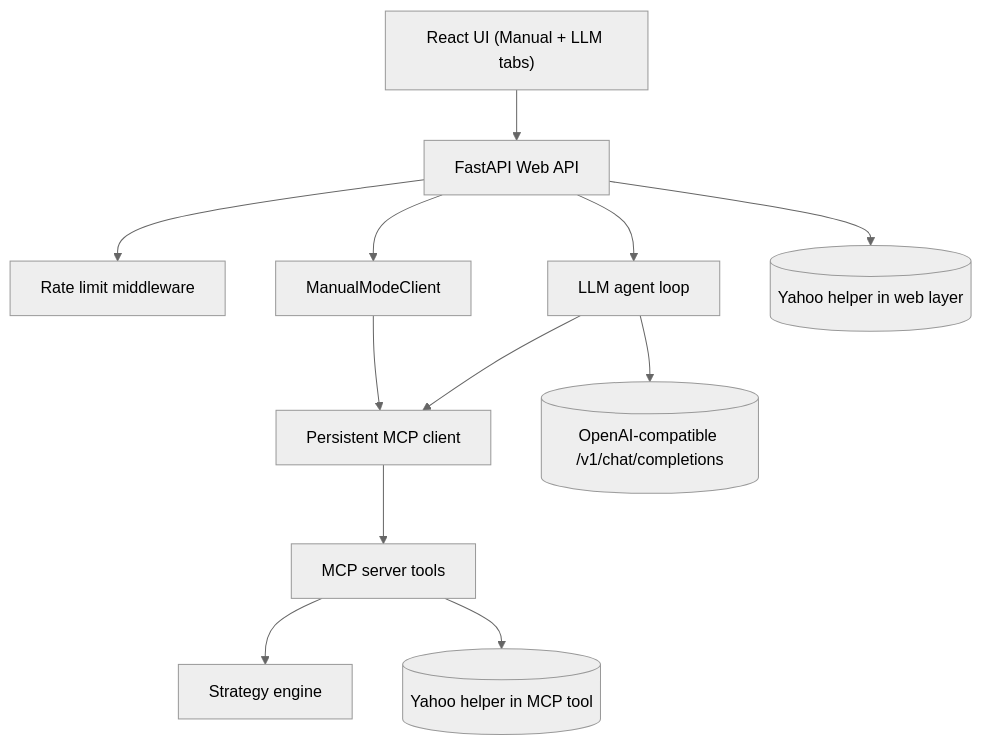
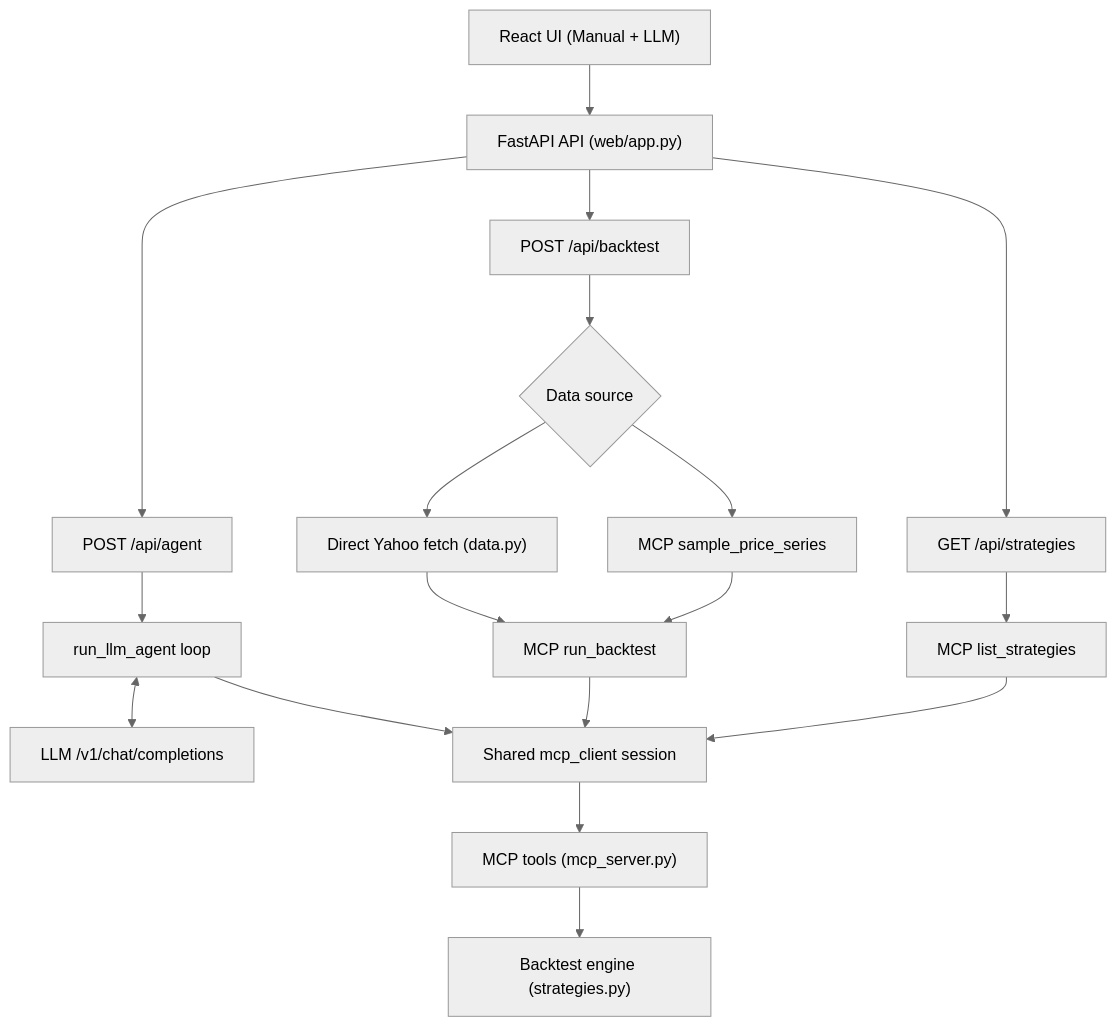
Before and after one commit to HarshaMatta/quant_strategy_lab: the diagram in docs/architecture.md, drawn with Mermaid (neutral theme). The commit also changed other lines of this file and 4 other files, not shown here.

Commit message:
graph validations cleanup

````diff
--- a/docs/architecture.md
+++ b/docs/architecture.md
@@ -15,16 +23,26 @@
 ```mermaid
 flowchart TB
-    ui["React UI (Manual + LLM tabs)"] --> api["FastAPI Web API"]
-    api --> rl["Rate limit middleware"]
-    api --> manual["ManualModeClient"]
-    api --> agent["LLM agent loop"]
-    api --> yweb[("Yahoo helper in web layer")]
+    ui["React UI (Manual + LLM)"] --> api["FastAPI API (web/app.py)"]
 
-    manual --> mcpclient["Persistent MCP client"]
-    agent --> llm[("OpenAI-compatible /v1/chat/completions")]
-    agent --> mcpclient
+    api --> strategies["GET /api/strategies"]
+    api --> backtest["POST /api/backtest"]
+    api --> agent["POST /api/agent"]
 
-    mcpclient --> mcp["MCP server tools"]
-    mcp --> engine["Strategy engine"]
-    mcp --> ytool[("Yahoo helper in MCP tool")]
+    strategies --> listStrategies["MCP list_strategies"]
+
+    backtest --> dataSource{Data source}
+    dataSource --> yahoo["Direct Yahoo fetch (data.py)"]
+    dataSource --> sample["MCP sample_price_series"]
+    yahoo --> runBacktest["MCP run_backtest"]
+    sample --> runBacktest
+
+    agent --> llmLoop["run_llm_agent loop"]
+    llmLoop <--> llm["LLM /v1/chat/completions"]
+    llmLoop --> sharedClient["Shared mcp_client session"]
+
+    runBacktest --> sharedClient
+    listStrategies --> sharedClient
+
+    sharedClient --> mcp["MCP tools (mcp_server.py)"]
+    mcp --> engine["Backtest engine (strategies.py)"]
 ```
````
